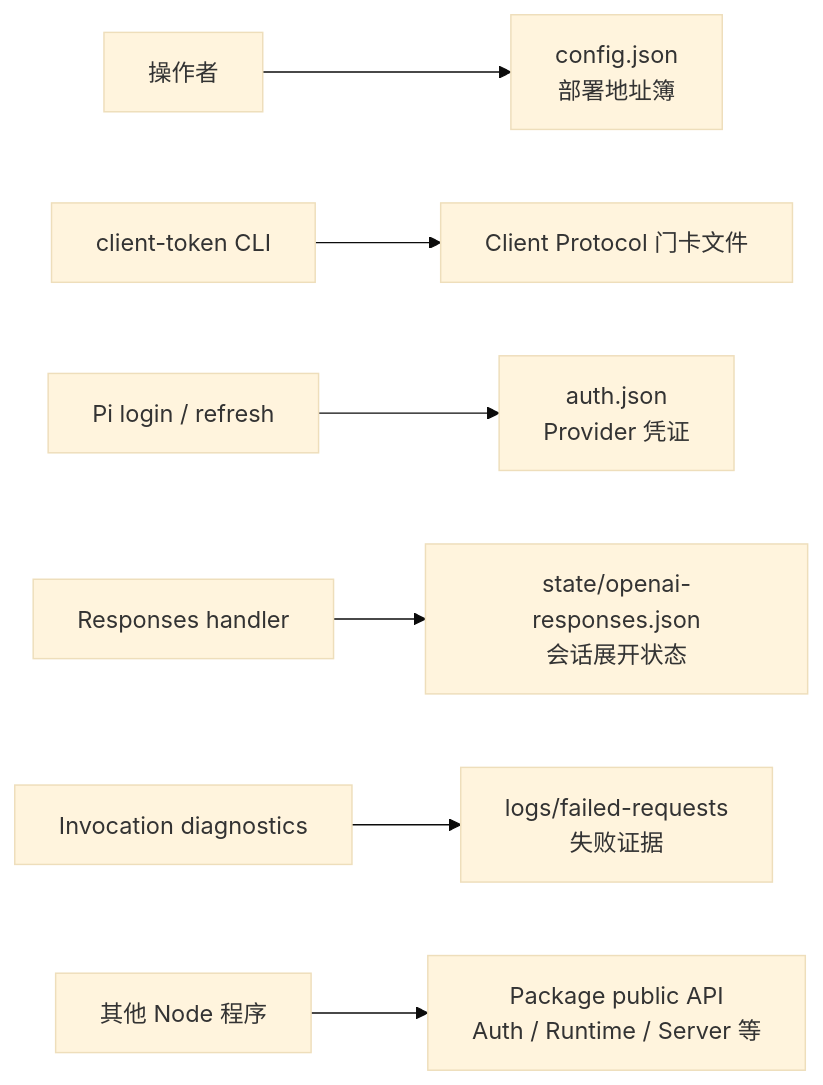
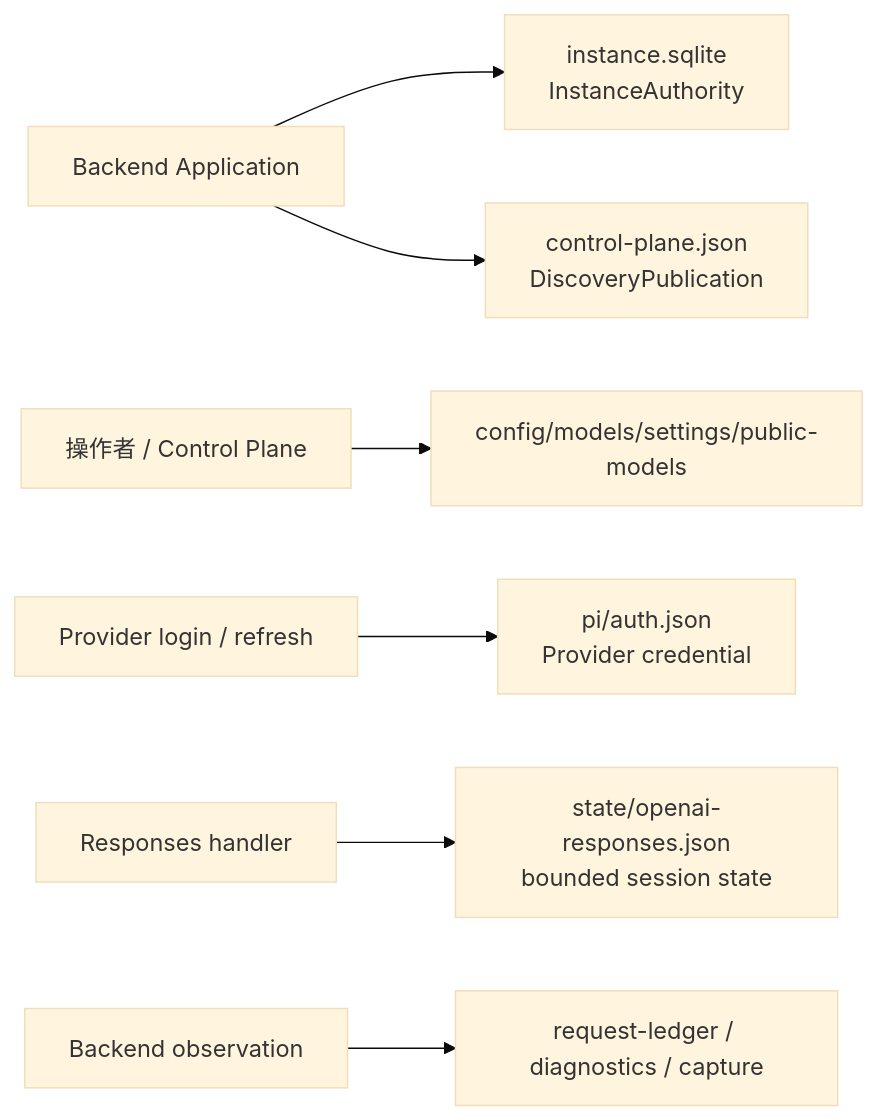
Before and after one commit to keeplearning2026/LuckyToken: diagram 14 of 19 in doc/LuckyTokenArchitecture.md, drawn with Mermaid (base theme). The commit also changed other lines of this file and 19 other files, not shown here.

Commit message:
docs: synchronize current architecture and product guidance

````diff
--- a/doc/LuckyTokenArchitecture.md
+++ b/doc/LuckyTokenArchitecture.md
@@ -1993,9 +1941,9 @@
 ```mermaid
 flowchart LR
-    OP["操作者"] --> CFG["config.json\n部署地址簿"]
-    CT["client-token CLI"] --> CA["Client Protocol 门卡文件"]
-    PI["Pi login / refresh"] --> PA["auth.json\nProvider 凭证"]
-    RESP["Responses handler"] --> STATE["state/openai-responses.json\n会话展开状态"]
-    DIAG["Invocation diagnostics"] --> LOGS["logs/failed-requests\n失败证据"]
-    APP["其他 Node 程序"] --> API["Package public API\nAuth / Runtime / Server 等"]
+    APP["Backend Application"] --> IA["instance.sqlite\nInstanceAuthority"]
+    APP --> DISC["control-plane.json\nDiscoveryPublication"]
+    OP["操作者 / Control Plane"] --> CFG["config/models/settings/public-models"]
+    PI["Provider login / refresh"] --> PA["pi/auth.json\nProvider credential"]
+    RESP["Responses handler"] --> STATE["state/openai-responses.json\nbounded session state"]
+    OBS["Backend observation"] --> LEDGER["request-ledger / diagnostics / capture"]
 ```
````
